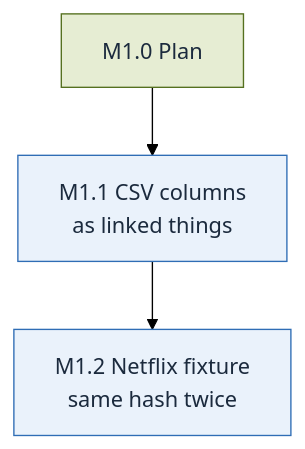
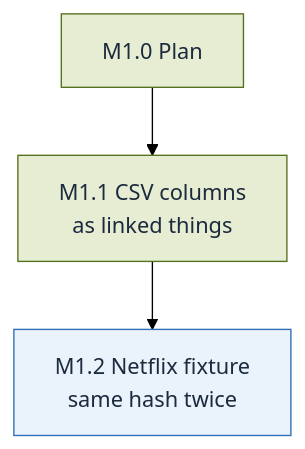
One commit to alcjor/Mosaic changed the diagram in plan/M1.md. Above: the diagram before and after it, drawn with Mermaid (forest theme). The commit also changed other lines of this file and 5 other files, not shown here.

````diff
--- a/plan/M1.md
+++ b/plan/M1.md
@@ -3,13 +3,13 @@
 ```mermaid
 flowchart TD
   M1_0["M1.0 Plan"]
   M1_1["M1.1 CSV columns<br/>as linked things"]
   M1_2["M1.2 Netflix fixture<br/>same hash twice"]
   M1_0 --> M1_1
   M1_1 --> M1_2
   classDef done fill:#E6EDD3,stroke:#55701F,color:#1B2A3D
   classDef todo fill:#EAF2FB,stroke:#2F6DB5,color:#1B2A3D
   classDef parked fill:#FCEFCF,stroke:#F2B630,color:#1B2A3D
-  class M1_0 done
-  class M1_1,M1_2 todo
+  class M1_0,M1_1 done
+  class M1_2 todo
 ```
````
